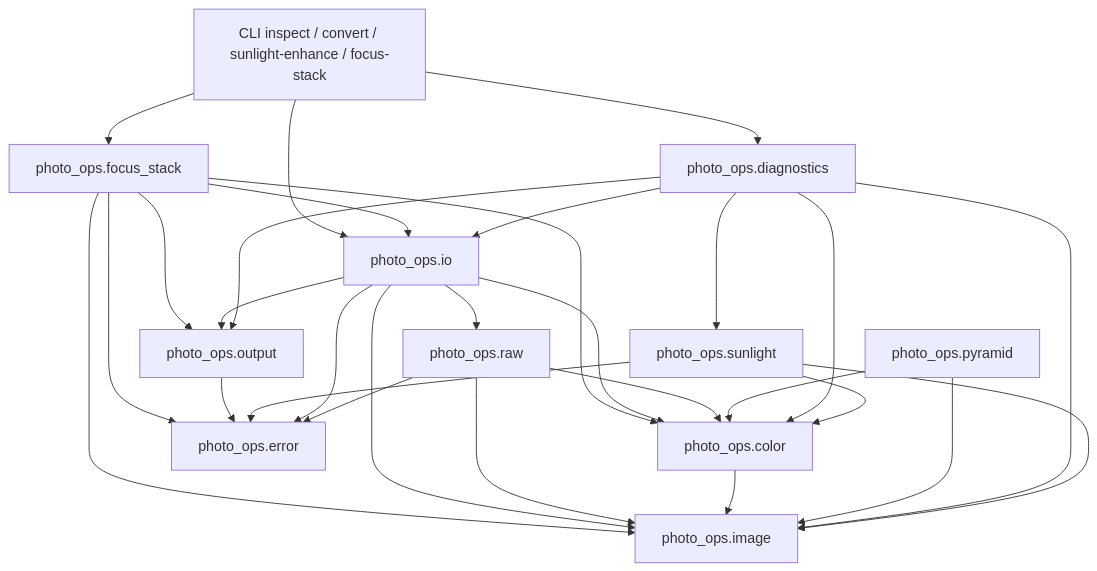
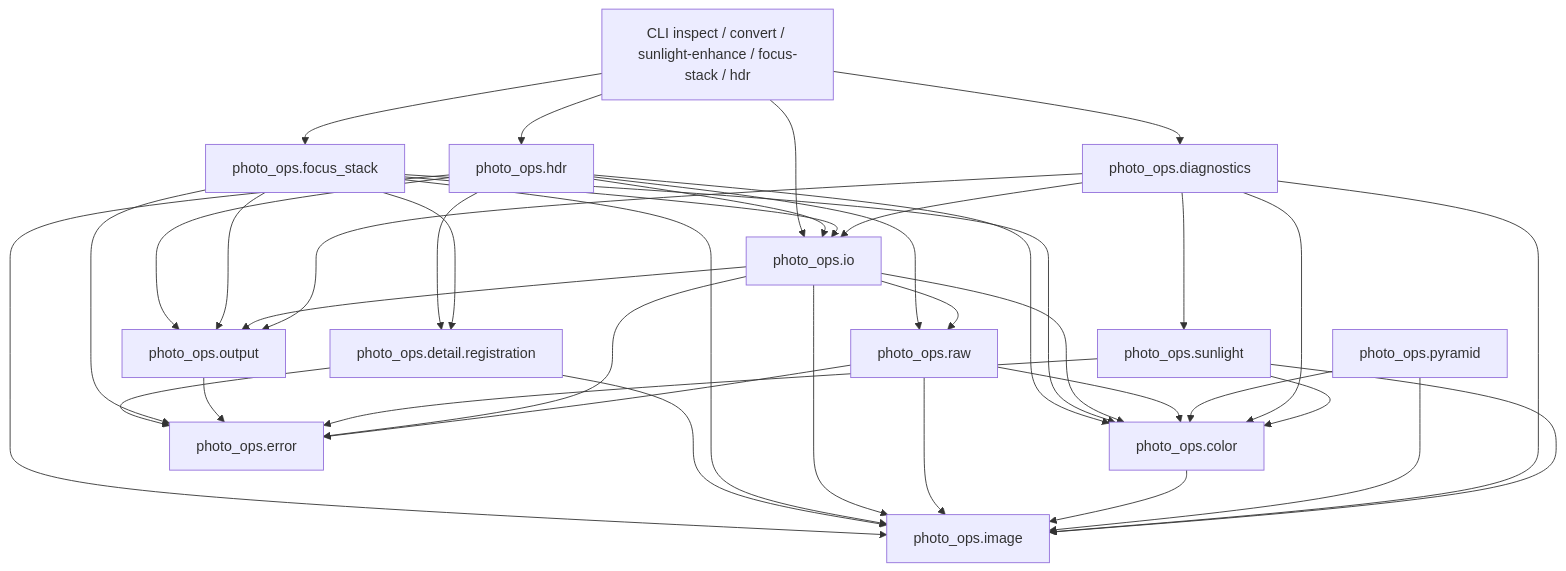
Before and after one commit to jipeng4974/photo-ops: the diagram in docs/architecture.md, drawn with Mermaid. The commit also changed other lines of this file and 27 other files, not shown here.

````diff
--- a/docs/architecture.md
+++ b/docs/architecture.md
@@ -5,31 +5,41 @@
 ```mermaid
 graph TD
-    CLI[CLI inspect / convert / sunlight-enhance / focus-stack] --> IO[photo_ops.io]
+    CLI[CLI inspect / convert / sunlight-enhance / focus-stack / hdr] --> IO[photo_ops.io]
     CLI --> DIAG[photo_ops.diagnostics]
     CLI --> FOCUS[photo_ops.focus_stack]
+    CLI --> HDR[photo_ops.hdr]
+    HDR --> REG[photo_ops.detail.registration]
+    FOCUS --> REG
+    HDR --> RAW
+    HDR --> IO
+    HDR --> OUT
+    HDR --> IMAGE
+    HDR --> COLOR
+    REG --> IMAGE
+    REG --> ERR
     FOCUS --> IO
     FOCUS --> OUT
     FOCUS --> IMAGE
     FOCUS --> COLOR
     FOCUS --> ERR
     IO --> OUT[photo_ops.output]
     OUT --> ERR
     DIAG --> OUT
     IO --> RAW[photo_ops.raw]
     IO --> COLOR[photo_ops.color]
     IO --> IMAGE[photo_ops.image]
     RAW --> IMAGE
     RAW --> COLOR
     COLOR --> IMAGE
     PYRAMID[photo_ops.pyramid] --> COLOR
     PYRAMID --> IMAGE
     DIAG --> COLOR
     DIAG --> IMAGE
     DIAG --> SUN[photo_ops.sunlight]
     DIAG --> IO
     SUN --> COLOR
     SUN --> IMAGE
     SUN --> ERR[photo_ops.error]
     IO --> ERR
     RAW --> ERR
 ```
````
